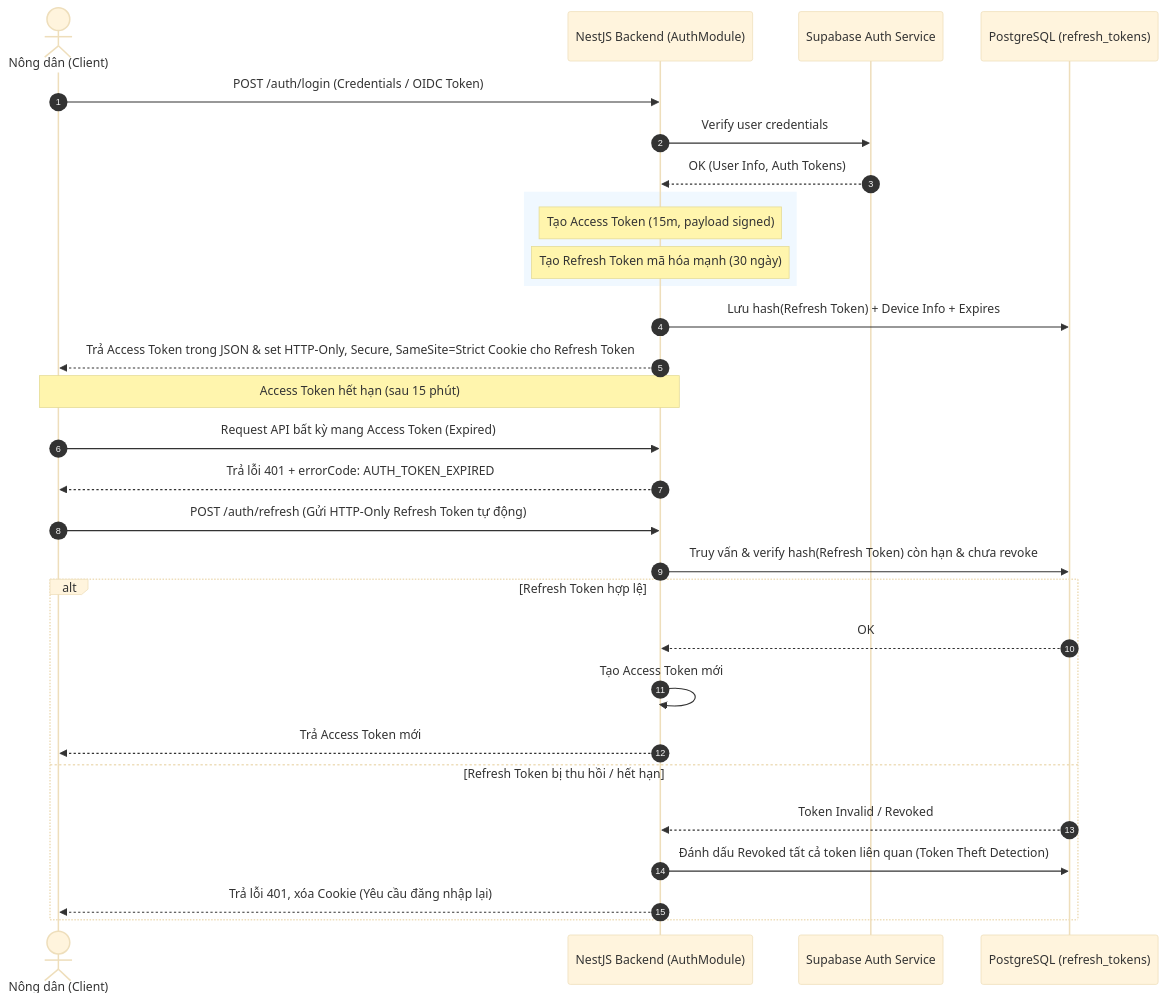
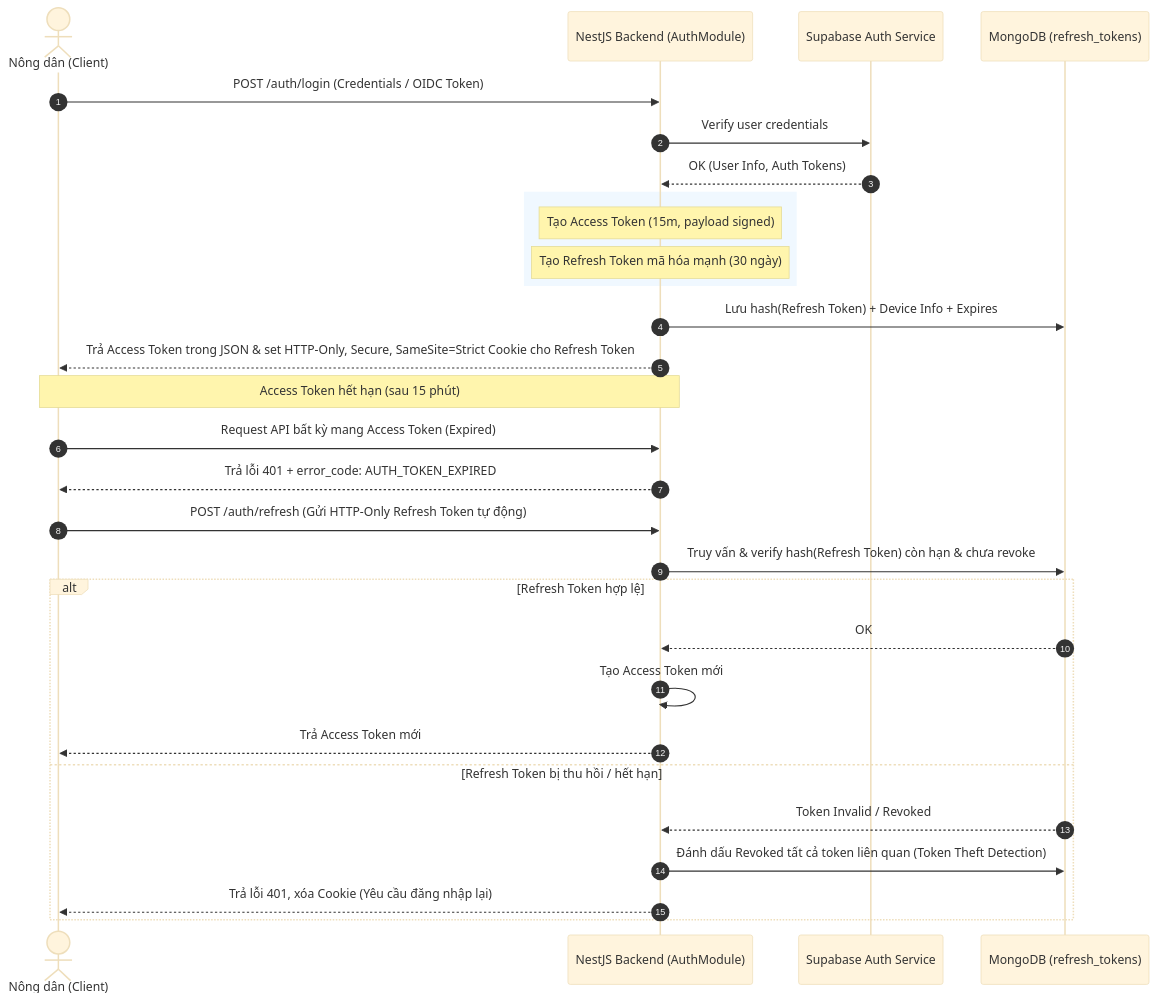
The second of 5 diagrams in openspec/specs/architecture.md (jayykioh/farmy-backend), drawn with Mermaid (base theme) before and after one commit. The commit also changed other lines of this file and 16 other files, not shown here.

````diff
--- a/openspec/specs/architecture.md
+++ b/openspec/specs/architecture.md
@@ -107,38 +107,38 @@
 ```mermaid
 sequenceDiagram
     autonumber
     actor User as Nông dân (Client)
     participant Nest as NestJS Backend (AuthModule)
     participant Supa as Supabase Auth Service
-    participant DB as PostgreSQL (refresh_tokens)
+    participant DB as MongoDB (refresh_tokens)
 
     User->>Nest: POST /auth/login (Credentials / OIDC Token)
     Nest->>Supa: Verify user credentials
     Supa-->>Nest: OK (User Info, Auth Tokens)
     
     rect rgb(240, 248, 255)
         Note over Nest: Tạo Access Token (15m, payload signed)
         Note over Nest: Tạo Refresh Token mã hóa mạnh (30 ngày)
     end
     
     Nest->>DB: Lưu hash(Refresh Token) + Device Info + Expires
     Nest-->>User: Trả Access Token trong JSON & set HTTP-Only, Secure, SameSite=Strict Cookie cho Refresh Token
     
     Note over User, Nest: Access Token hết hạn (sau 15 phút)
     
     User->>Nest: Request API bất kỳ mang Access Token (Expired)
-    Nest-->>User: Trả lỗi 401 + errorCode: AUTH_TOKEN_EXPIRED
+    Nest-->>User: Trả lỗi 401 + error_code: AUTH_TOKEN_EXPIRED
     
     User->>Nest: POST /auth/refresh (Gửi HTTP-Only Refresh Token tự động)
     Nest->>DB: Truy vấn & verify hash(Refresh Token) còn hạn & chưa revoke
     
     alt Refresh Token hợp lệ
         DB-->>Nest: OK
         Nest->>Nest: Tạo Access Token mới
         Nest-->>User: Trả Access Token mới
     else Refresh Token bị thu hồi / hết hạn
         DB-->>Nest: Token Invalid / Revoked
         Nest->>DB: Đánh dấu Revoked tất cả token liên quan (Token Theft Detection)
         Nest-->>User: Trả lỗi 401, xóa Cookie (Yêu cầu đăng nhập lại)
     end
 ```
````
